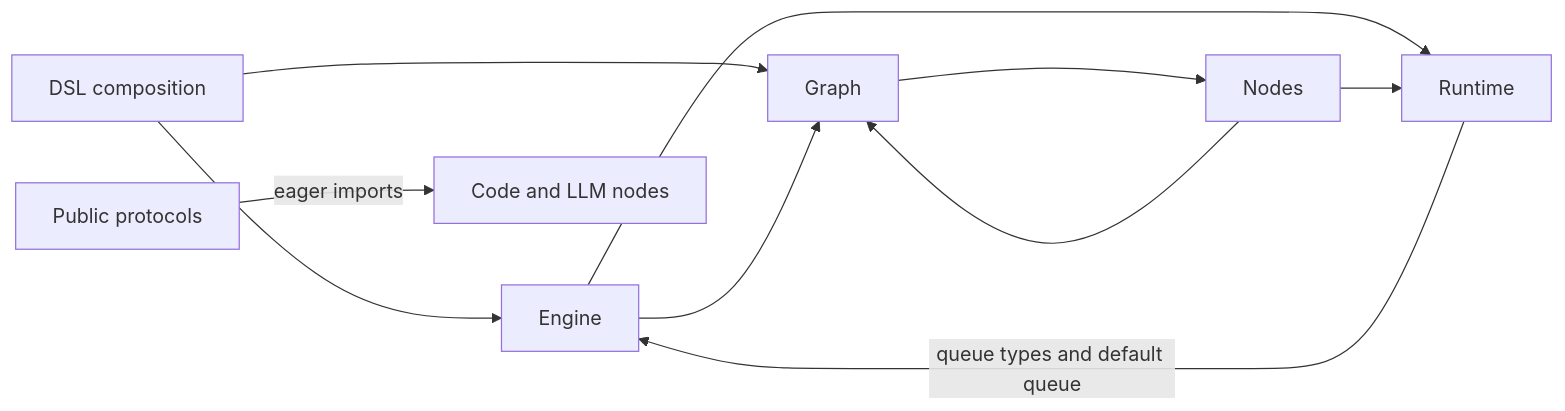
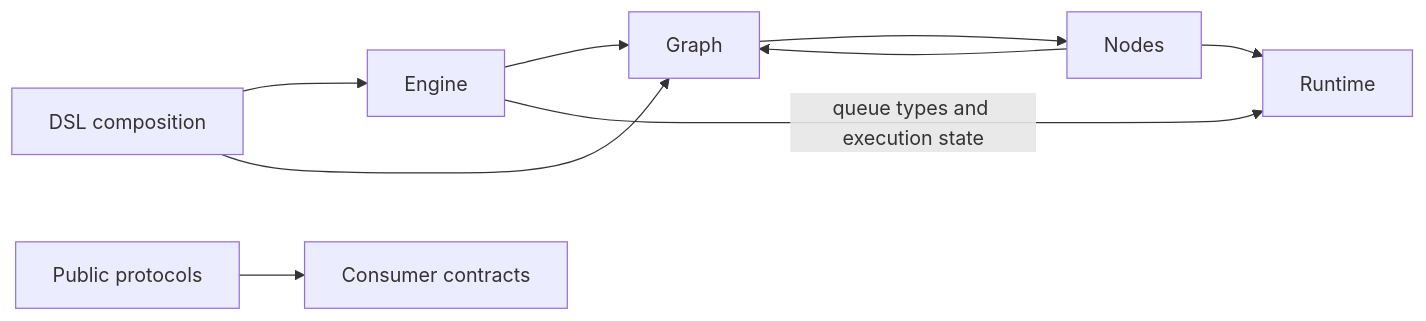
The diagram in docs/technical-debt.md (langgenius/graphon), drawn with Mermaid before and after one commit. The commit also changed other lines of this file and 35 other files, not shown here.

Commit message:
refactor(imports)!: isolate runtime and public contract imports (#287)

````diff
--- a/docs/technical-debt.md
+++ b/docs/technical-debt.md
@@ -74,12 +78,11 @@
 ```mermaid
 flowchart LR
     DSL[DSL composition] --> Engine
     DSL --> Graph
     Engine --> Graph
-    Engine --> Runtime
+    Engine -->|queue types and execution state| Runtime
     Graph --> Nodes
     Nodes --> Graph
     Nodes --> Runtime
-    Runtime -->|queue types and default queue| Engine
-    Facade[Public protocols] -->|eager imports| Concrete[Code and LLM nodes]
+    Facade[Public protocols] --> Contracts[Consumer contracts]
 ```
````
